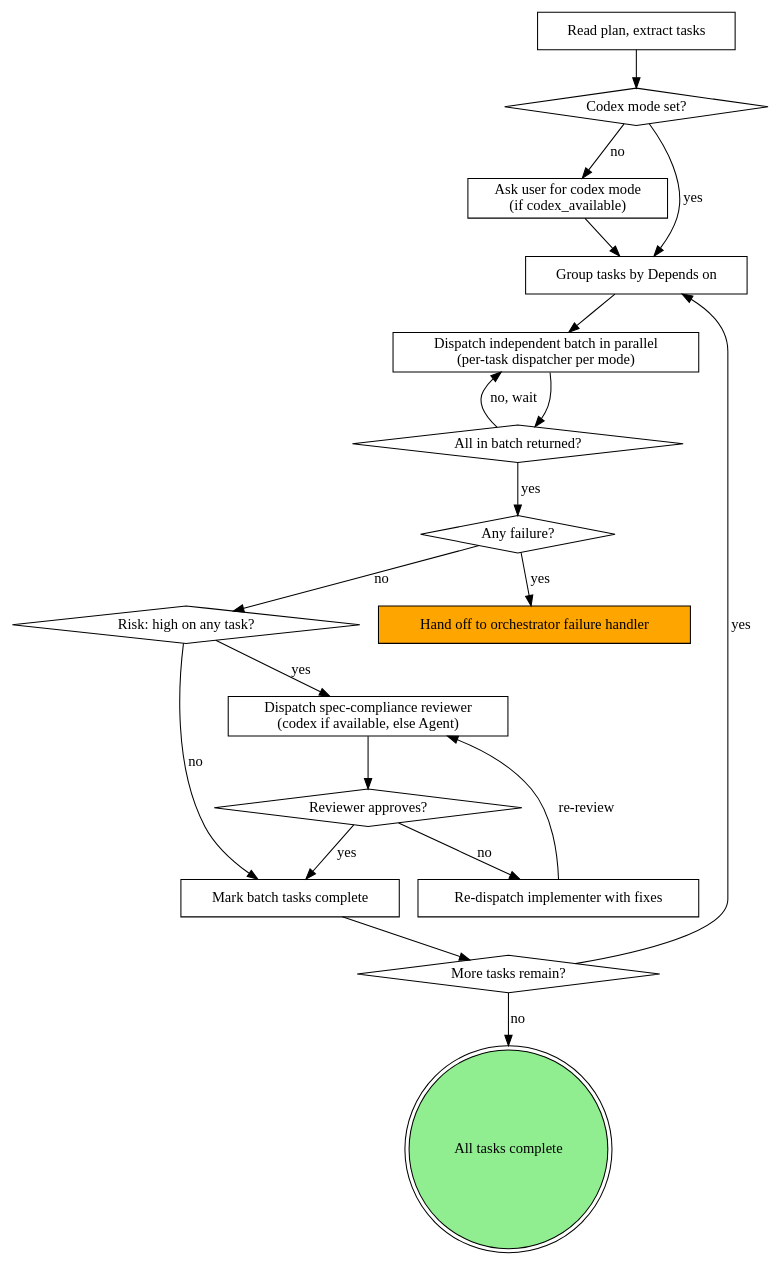
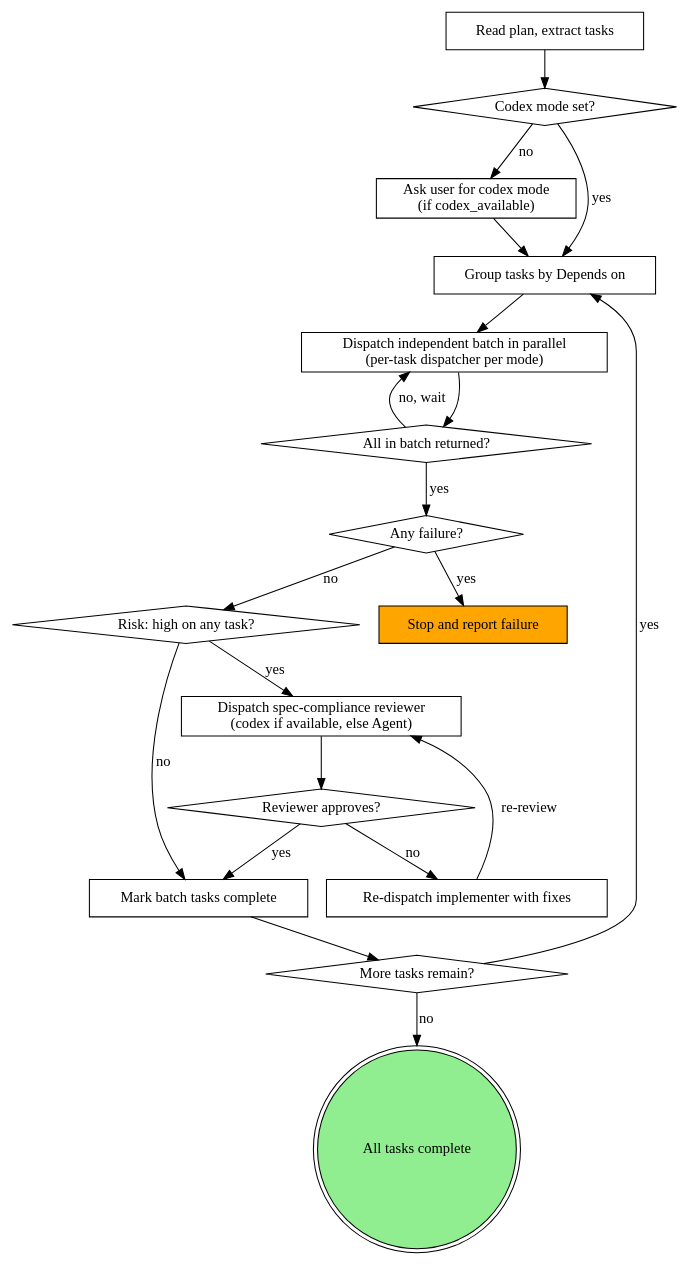
One commit to pandaworks-software-plt/pandahrms-skills changed the diagram in skills/execute-plan/SKILL.md. Above: the diagram before and after it, drawn with Graphviz. The commit also changed other lines of this file and 9 other files, not shown here.

````diff
--- a/skills/execute-plan/SKILL.md
+++ b/skills/execute-plan/SKILL.md
@@ -93,39 +91,39 @@
 ```dot
 digraph execute {
     "Read plan, extract tasks" [shape=box];
     "Codex mode set?" [shape=diamond];
     "Ask user for codex mode\n(if codex_available)" [shape=box];
     "Group tasks by Depends on" [shape=box];
     "Dispatch independent batch in parallel\n(per-task dispatcher per mode)" [shape=box];
     "All in batch returned?" [shape=diamond];
     "Any failure?" [shape=diamond];
-    "Hand off to orchestrator failure handler" [shape=box, style=filled, fillcolor=orange];
+    "Stop and report failure" [shape=box, style=filled, fillcolor=orange];
     "Risk: high on any task?" [shape=diamond];
     "Dispatch spec-compliance reviewer\n(codex if available, else Agent)" [shape=box];
     "Reviewer approves?" [shape=diamond];
     "Re-dispatch implementer with fixes" [shape=box];
     "Mark batch tasks complete" [shape=box];
     "More tasks remain?" [shape=diamond];
     "All tasks complete" [shape=doublecircle, style=filled, fillcolor=lightgreen];
 
     "Read plan, extract tasks" -> "Codex mode set?";
     "Codex mode set?" -> "Ask user for codex mode\n(if codex_available)" [label="no"];
     "Codex mode set?" -> "Group tasks by Depends on" [label="yes"];
     "Ask user for codex mode\n(if codex_available)" -> "Group tasks by Depends on";
     "Group tasks by Depends on" -> "Dispatch independent batch in parallel\n(per-task dispatcher per mode)";
     "Dispatch independent batch in parallel\n(per-task dispatcher per mode)" -> "All in batch returned?";
     "All in batch returned?" -> "Dispatch independent batch in parallel\n(per-task dispatcher per mode)" [label="no, wait"];
     "All in batch returned?" -> "Any failure?" [label="yes"];
-    "Any failure?" -> "Hand off to orchestrator failure handler" [label="yes"];
+    "Any failure?" -> "Stop and report failure" [label="yes"];
     "Any failure?" -> "Risk: high on any task?" [label="no"];
     "Risk: high on any task?" -> "Dispatch spec-compliance reviewer\n(codex if available, else Agent)" [label="yes"];
     "Risk: high on any task?" -> "Mark batch tasks complete" [label="no"];
     "Dispatch spec-compliance reviewer\n(codex if available, else Agent)" -> "Reviewer approves?";
     "Reviewer approves?" -> "Re-dispatch implementer with fixes" [label="no"];
     "Re-dispatch implementer with fixes" -> "Dispatch spec-compliance reviewer\n(codex if available, else Agent)" [label="re-review"];
     "Reviewer approves?" -> "Mark batch tasks complete" [label="yes"];
     "Mark batch tasks complete" -> "More tasks remain?";
     "More tasks remain?" -> "Group tasks by Depends on" [label="yes"];
     "More tasks remain?" -> "All tasks complete" [label="no"];
 }
 ```
````
